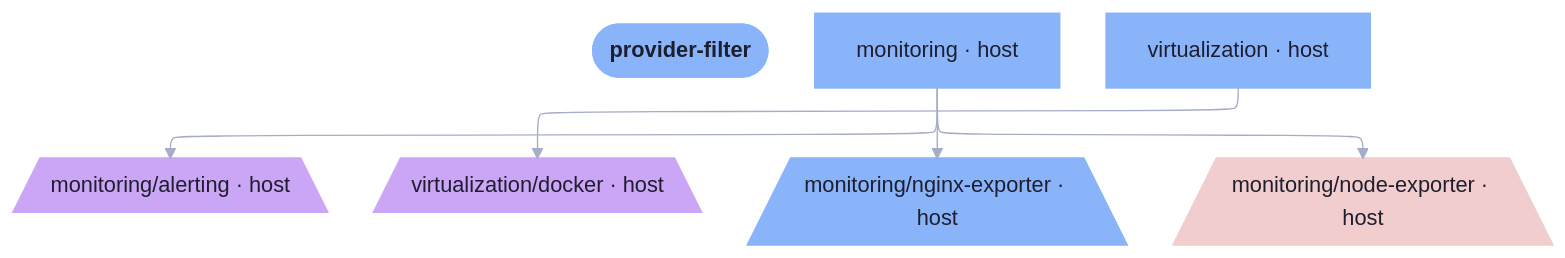
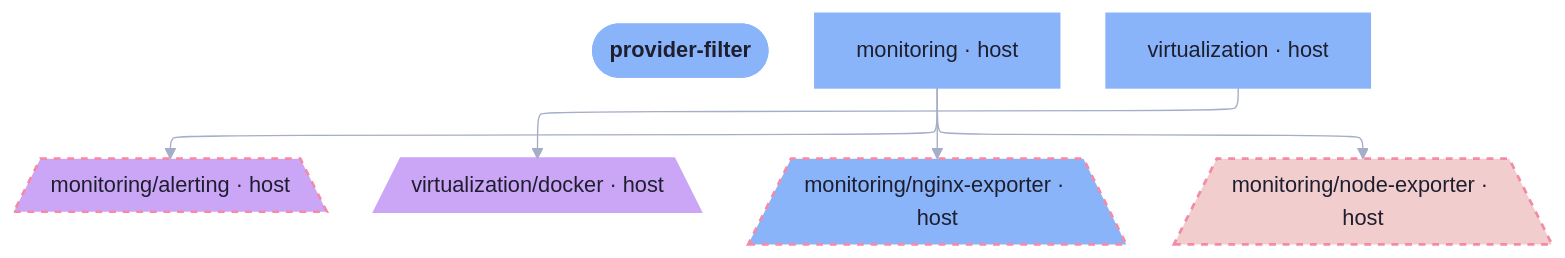
Before and after one commit to sini/den: the diagram in templates/diag-fx-demo/diagrams/provider-filter-providers.md, drawn with Mermaid. The commit also changed 526 other files, not shown here.

Commit message:
chore: update fx diagrams

````diff
--- a/templates/diag-fx-demo/diagrams/provider-filter-providers.md
+++ b/templates/diag-fx-demo/diagrams/provider-filter-providers.md
@@ -5,24 +5,24 @@
 ```mermaid
 %%{init: {"elk":{"mergeEdges":true,"nodePlacementStrategy":"BRANDES_KOEPF"},"layout":"elk","theme":"base","themeVariables":{"activationBkgColor":"#313244","activationBorderColor":"#6c7086","actorBkg":"#313244","actorBorder":"#a6adc8","actorLineColor":"#a6adc8","actorTextColor":"#cdd6f4","background":"#1e1e2e","classText":"#cdd6f4","clusterBkg":"#313244","clusterBorder":"#6c7086","edgeLabelBackground":"#1e1e2e","labelBoxBkgColor":"#313244","labelBoxBorderColor":"#a6adc8","labelTextColor":"#cdd6f4","lineColor":"#a6adc8","loopTextColor":"#cdd6f4","mainBkg":"#313244","nodeBkg":"#313244","nodeBorder":"#a6adc8","nodeTextColor":"#cdd6f4","noteBkgColor":"#313244","noteBorderColor":"#6c7086","noteTextColor":"#cdd6f4","pie1":"#f38ba8","pie2":"#fab387","pie3":"#f9e2af","pie4":"#a6e3a1","pie5":"#94e2d5","pie6":"#89b4fa","pie7":"#cba6f7","pie8":"#f2cdcd","pieLegendTextColor":"#cdd6f4","pieOuterStrokeColor":"#6c7086","pieSectionTextColor":"#cdd6f4","pieStrokeColor":"#6c7086","pieTitleTextColor":"#cdd6f4","primaryBorderColor":"#a6adc8","primaryColor":"#313244","primaryTextColor":"#cdd6f4","secondBkg":"#313244","secondaryBorderColor":"#6c7086","secondaryColor":"#313244","secondaryTextColor":"#cdd6f4","sequenceNumberColor":"#1e1e2e","signalColor":"#a6adc8","signalTextColor":"#cdd6f4","tertiaryBorderColor":"#6c7086","tertiaryColor":"#313244","tertiaryTextColor":"#cdd6f4","textColor":"#cdd6f4","titleColor":"#cdd6f4"}}}%%
 graph TD
   provider_filter([provider-filter]):::root
   monitoring__alerting[/"monitoring/alerting · host"\]:::monitoring__alerting_c
   virtualization__docker[/"virtualization/docker · host"\]:::virtualization__docker_c
   monitoring["monitoring · host"]:::monitoring_c
   monitoring__nginx_exporter[/"monitoring/nginx-exporter · host"\]:::monitoring__nginx_exporter_c
   monitoring__node_exporter[/"monitoring/node-exporter · host"\]:::monitoring__node_exporter_c
   virtualization["virtualization · host"]:::virtualization_c
 
   monitoring --> monitoring__alerting
   virtualization --> virtualization__docker
   monitoring --> monitoring__nginx_exporter
   monitoring --> monitoring__node_exporter
 
   classDef root fill:#89b4fa,stroke:#89b4fa,color:#1e1e2e,font-weight:bold
-  classDef monitoring__alerting_c fill:#cba6f7,stroke:#cba6f7,color:#1e1e2e,stroke-width:2px
+  classDef monitoring__alerting_c fill:#cba6f7,stroke:#f38ba8,color:#1e1e2e,stroke-dasharray: 5 5,stroke-width:2px
   classDef virtualization__docker_c fill:#cba6f7,stroke:#cba6f7,color:#1e1e2e,stroke-width:2px
   classDef monitoring_c fill:#89b4fa,stroke:#89b4fa,color:#1e1e2e,stroke-width:2px
-  classDef monitoring__nginx_exporter_c fill:#89b4fa,stroke:#89b4fa,color:#1e1e2e,stroke-width:2px
-  classDef monitoring__node_exporter_c fill:#f2cdcd,stroke:#f2cdcd,color:#1e1e2e,stroke-width:2px
+  classDef monitoring__nginx_exporter_c fill:#89b4fa,stroke:#f38ba8,color:#1e1e2e,stroke-dasharray: 5 5,stroke-width:2px
+  classDef monitoring__node_exporter_c fill:#f2cdcd,stroke:#f38ba8,color:#1e1e2e,stroke-dasharray: 5 5,stroke-width:2px
   classDef virtualization_c fill:#89b4fa,stroke:#89b4fa,color:#1e1e2e,stroke-width:2px
 ```
````
